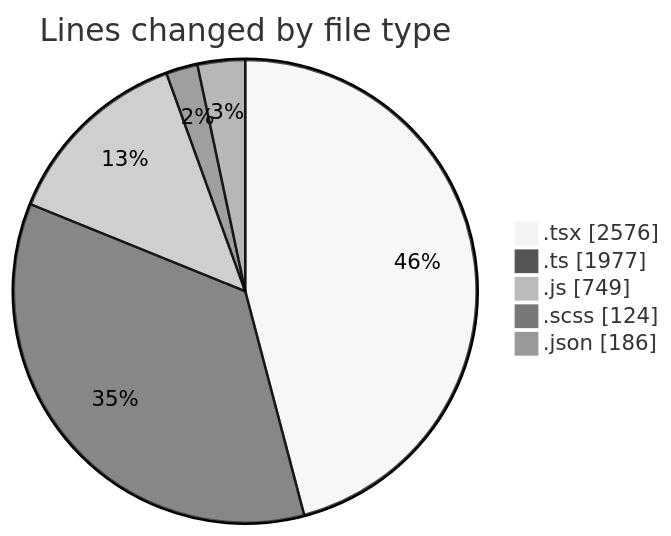
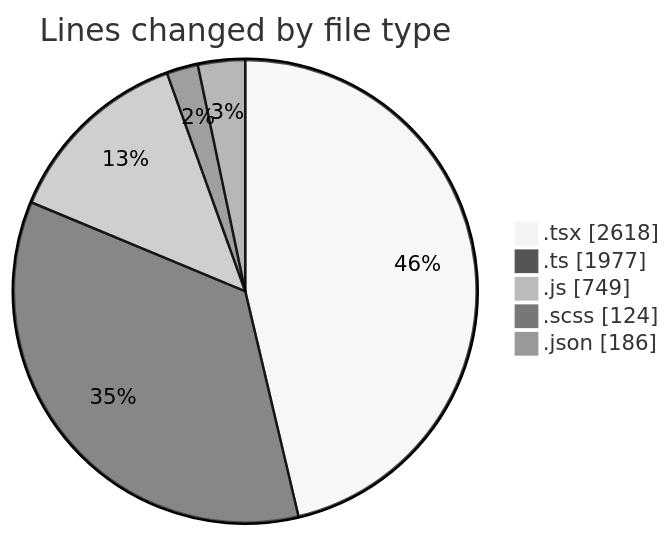
Before and after one commit to momahboobian/code-tracking: the first of 2 diagrams in 2026-06-11/cda/README.md, drawn with Mermaid (neutral theme). The commit also changed other lines of this file and 1 other file, not shown here.

````diff
--- a/2026-06-11/cda/README.md
+++ b/2026-06-11/cda/README.md
@@ -54,9 +54,9 @@
 ```mermaid
 pie showData
 title Lines changed by file type
-".tsx" : 2576
+".tsx" : 2618
 ".ts" : 1977
 ".js" : 749
 ".scss" : 124
 ".json" : 186
 ```
````
